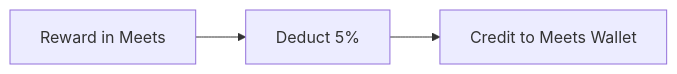
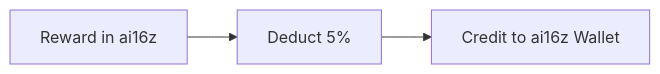
One commit to woonCK/labubu changed the third of 4 diagrams in README.md. Above: the diagram before and after it, drawn with Mermaid. The commit also changed other lines of this file, not shown here.

````diff
--- a/README.md
+++ b/README.md
@@ -217,8 +225,8 @@
 ```mermaid
 graph LR
 
-A[Reward in Meets] --> B[Deduct 5%]
+A[Reward in ai16z] --> B[Deduct 5%]
 
-B --> C[Credit to Meets Wallet]
+B --> C[Credit to ai16z Wallet]
 
 ```
````
